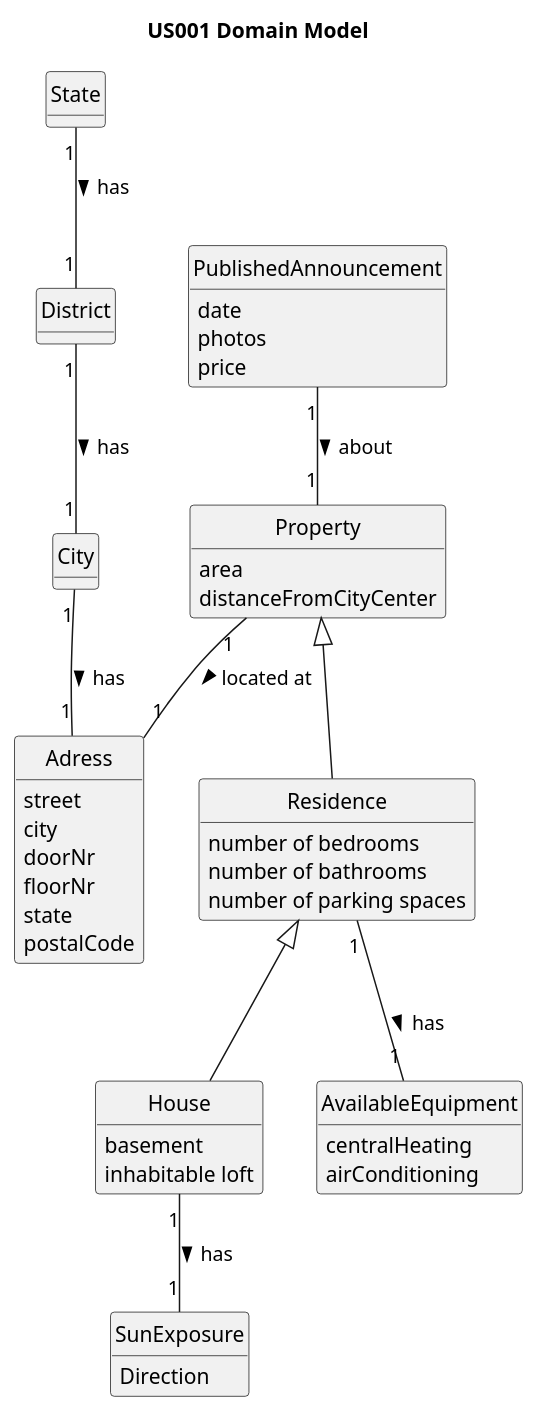
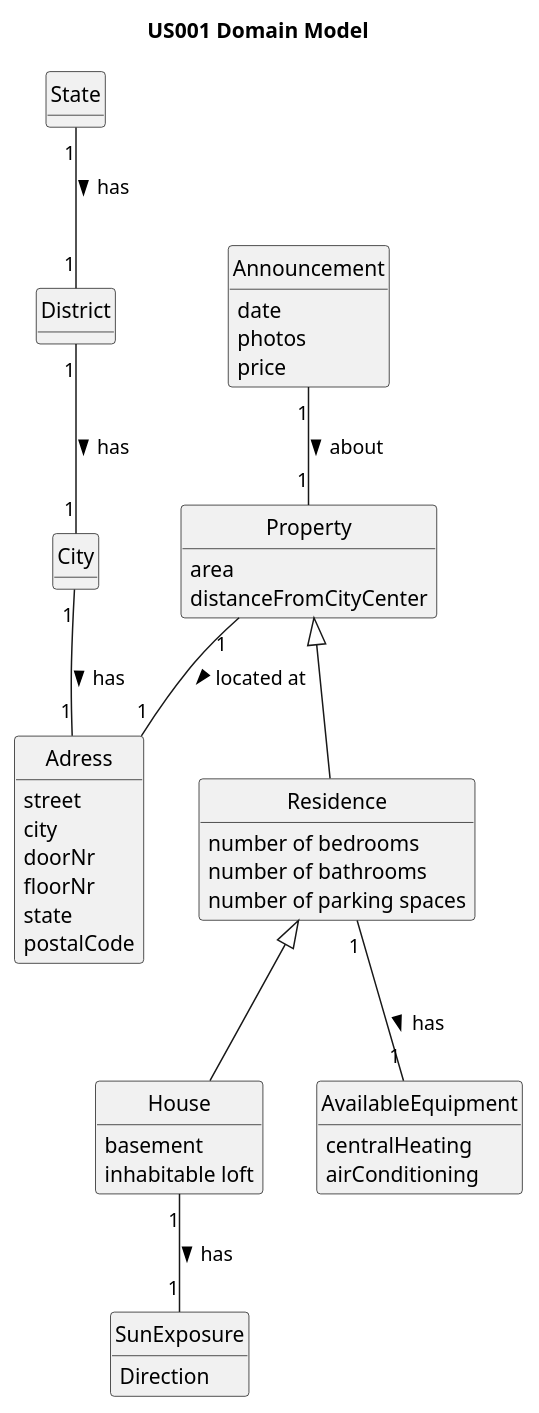
Before and after one commit to 1220812/LAPR2: the diagram in docs/sprintB/us001/02.analysis/puml/us001-domain-model.puml, drawn with PlantUML. The commit also changed 3 other files, not shown here.

Commit message:
new announcementRepository and new methods in Property

```diff
--- a/docs/sprintB/us001/02.analysis/puml/us001-domain-model.puml
+++ b/docs/sprintB/us001/02.analysis/puml/us001-domain-model.puml
@@ -1,74 +1,74 @@
 @startuml
 skinparam monochrome true
 skinparam packageStyle rectangle
 skinparam shadowing false
 
 'left to right direction
 
 hide circle
 hide methods
 
 title US001 Domain Model
 
 class Adress{
 street
 city
 doorNr
 floorNr
 state
 postalCode
 }
 
 class State {
 }
 
 class District {
 }
 
 class City {
 }
 
-class PublishedAnnouncement {
+class Announcement {
 date
 photos
 price
 }
 
 
 class Property {
 area
 distanceFromCityCenter
 }
 
 class Residence {
 number of bedrooms
 number of bathrooms
 number of parking spaces
 }
 
 class House {
 basement
 inhabitable loft
 }
 
 class AvailableEquipment {
 centralHeating
 airConditioning
 }
 
 class SunExposure {
 Direction
 }
 
 
 City "1" -- "1" Adress : has >
 State "1" -- "1" District : has >
 District "1" -- "1" City : has >
-PublishedAnnouncement "1" -- "1" Property : about >
+Announcement "1" -- "1" Property : about >
 Residence "1" -- "1" AvailableEquipment : has >
 House "1" -- "1" SunExposure : has >
 Property "1" -- "1" Adress : located at >
 Residence <|-- House
 Property <|-- Residence
 
 @enduml
```
